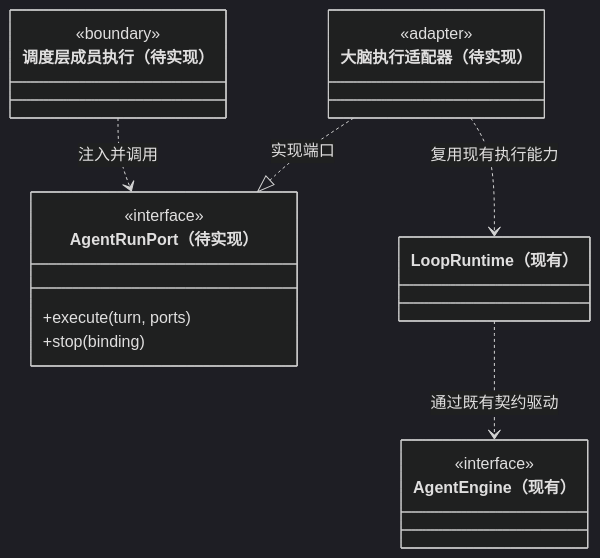
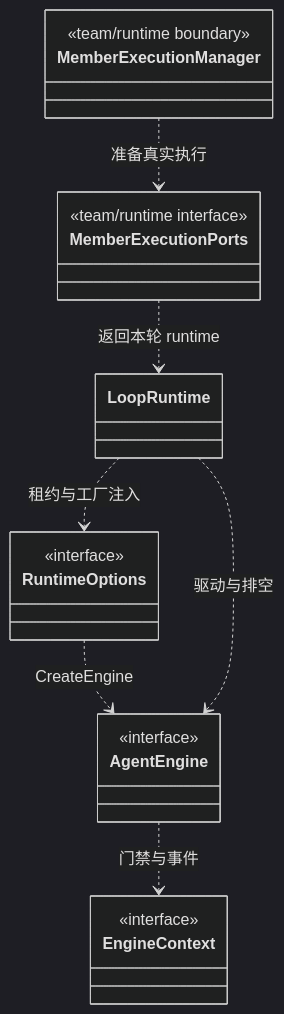
Before and after one commit to nan023062/cbim: the second of 33 diagrams in src/logic/execution/rules/ARCHITECTURE.md, drawn with Mermaid (dark theme). The commit also changed other lines of this file and 112 other files, not shown here.

Commit message:
docs: align source architecture with current declarations and contracts

````diff
--- a/src/logic/execution/rules/ARCHITECTURE.md
+++ b/src/logic/execution/rules/ARCHITECTURE.md
@@ -357,22 +218,15 @@
 ```mermaid
 classDiagram
-class MemberExecution["调度层成员执行（待实现）"] {
-  <<boundary>>
-}
-class AgentRunPort["AgentRunPort（待实现）"] {
-  <<interface>>
-  +execute(turn, ports)
-  +stop(binding)
-}
-class LoopRuntime["LoopRuntime（现有）"]
-class AgentRunAdapter["大脑执行适配器（待实现）"] {
-  <<adapter>>
-}
-class AgentEngine["AgentEngine（现有）"] {
-  <<interface>>
-}
-MemberExecution ..> AgentRunPort : 注入并调用
-AgentRunAdapter ..|> AgentRunPort : 实现端口
-AgentRunAdapter ..> LoopRuntime : 复用现有执行能力
-LoopRuntime ..> AgentEngine : 通过既有契约驱动
+class MemberExecutionManager { <<team/runtime boundary>> }
+class MemberExecutionPorts { <<team/runtime interface>> }
+class LoopRuntime
+class RuntimeOptions { <<interface>> }
+class AgentEngine { <<interface>> }
+class EngineContext { <<interface>> }
+MemberExecutionManager ..> MemberExecutionPorts : 准备真实执行
+MemberExecutionPorts ..> LoopRuntime : 返回本轮 runtime
+LoopRuntime ..> RuntimeOptions : 租约与工厂注入
+RuntimeOptions ..> AgentEngine : CreateEngine
+LoopRuntime ..> AgentEngine : 驱动与排空
+AgentEngine ..> EngineContext : 门禁与事件
 ```
````
